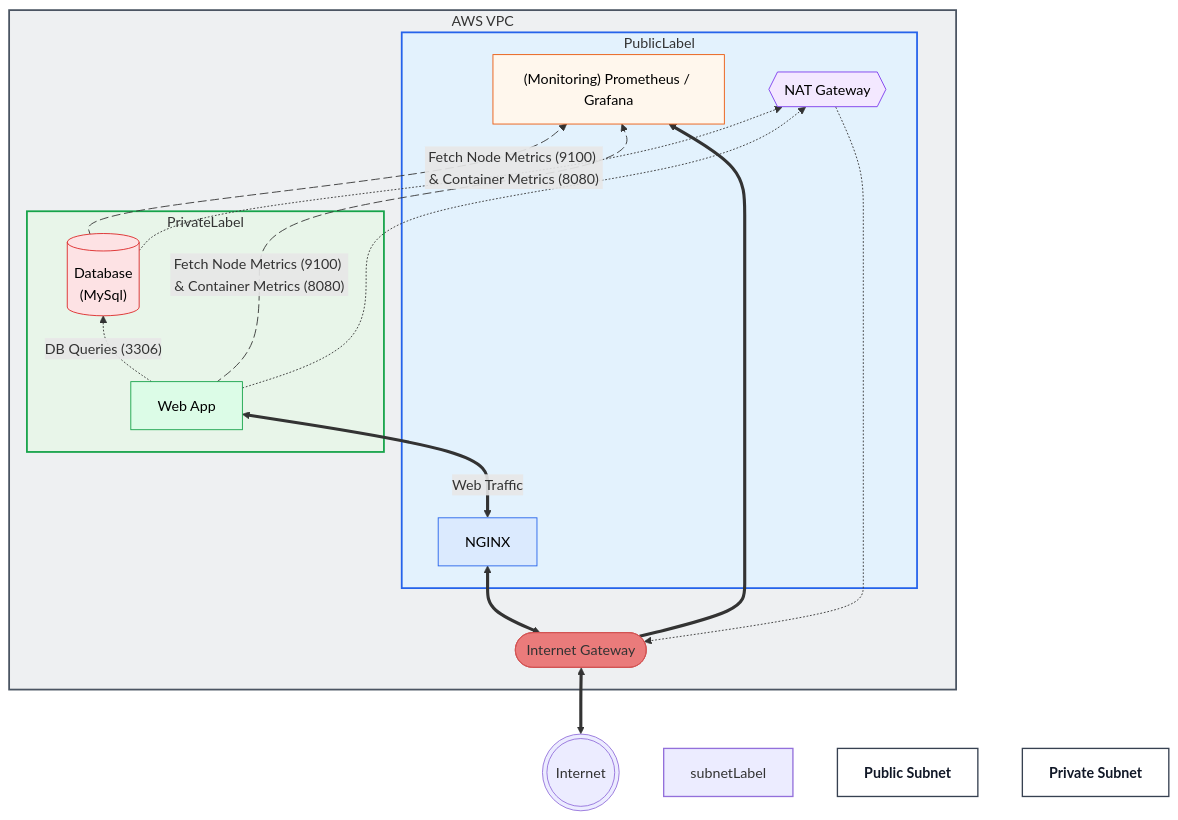
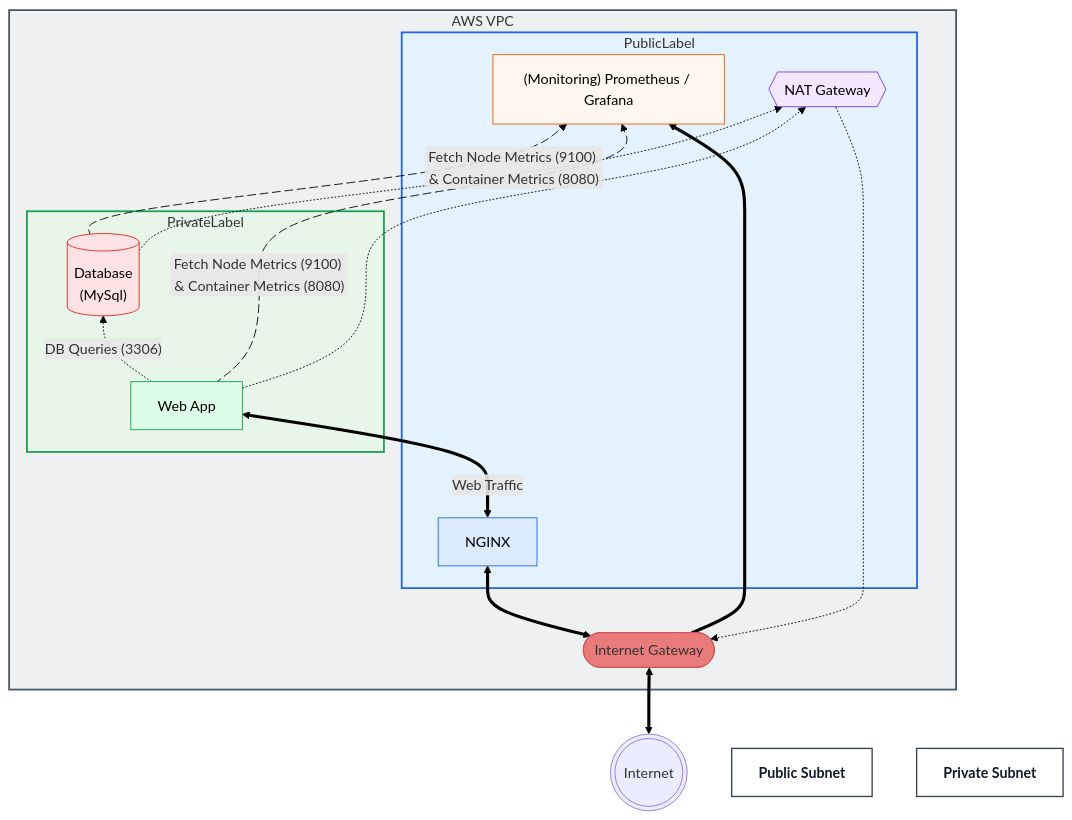
The diagram in README.md (Jazzar101/learning-terraform-3087701), drawn with Mermaid before and after one commit.

````diff
--- a/README.md
+++ b/README.md
@@ -6,57 +6,57 @@
 ```mermaid
 flowchart BT
     Internet(((Internet)))
     subgraph VPC[AWS VPC]
         IGW([Internet Gateway])
         subgraph PublicSubnet[PublicLabel]
             NGINX[NGINX]
             Monitoring["(Monitoring) Prometheus / Grafana"]
             NAT{{NAT Gateway}}
         end
 
         subgraph PrivateSubnet[PrivateLabel]
             App[Web App]
             DB[("Database\n(MySql)")]
         end
     end
 
     Internet <==> IGW
     IGW <==> NGINX
     NGINX <==>|Web Traffic| App
     App -.->|"DB Queries (3306)"| DB
     IGW ==> Monitoring
 
     App metricsApp@-->|"Fetch Node Metrics (9100) & Container Metrics (8080)"| Monitoring
     DB metricsDB@-->|"Fetch Node Metrics (9100) & Container Metrics (8080)"| Monitoring
 
     App -.-> NAT
     DB -.-> NAT
     NAT -.-> IGW
     
     metricsApp@{ animation: slow }    
     metricsDB@{ animation: slow }
 
     %% Node-only styling (GitHub safe)
     classDef ingress fill:#dbeafe,stroke:#2563eb,color:#000000
     classDef monitoring fill:#fff7ed,stroke:#ea580c,color:#000000
     classDef nat fill:#f3e8ff,stroke:#7c3aed,color:#000000
     classDef app fill:#dcfce7,stroke:#16a34a,color:#000000
     classDef db fill:#fde2e4,stroke:#dc2626,color:#000000
     classDef igw fill:#EA7B7B,stroke:#D25353,color:#00000
     classDef subnetLabel fill:#ffffff,stroke:#374151,stroke-width:1.5px,color:#111827,font-weight:bold
 
     style VPC fill:#eef0f2,stroke:#4b5563,stroke-width:2px
     style PublicSubnet fill:#e3f2fd,stroke:#2563eb,stroke-width:2px
     style PrivateSubnet fill:#e8f5e9,stroke:#16a34a,stroke-width:2px    
-    style subnetLabel stroke:#00000,stroke-width:1.5px
+    linkStyle default stroke:#000
 
     PublicLabel["Public Subnet"]:::subnetLabel
     PrivateLabel["Private Subnet"]:::subnetLabel
 
     class NGINX ingress
     class Monitoring monitoring
     class NAT nat
     class App app
     class DB db
     class IGW igw
 ```
````
